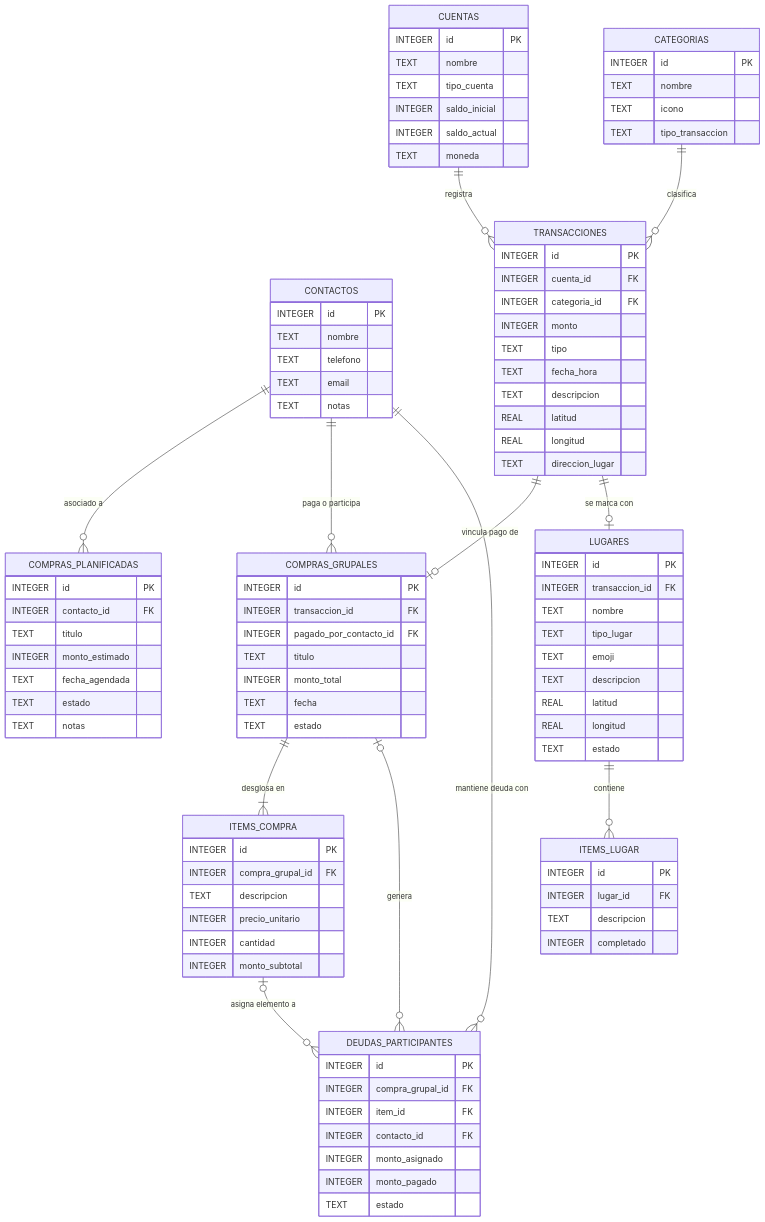
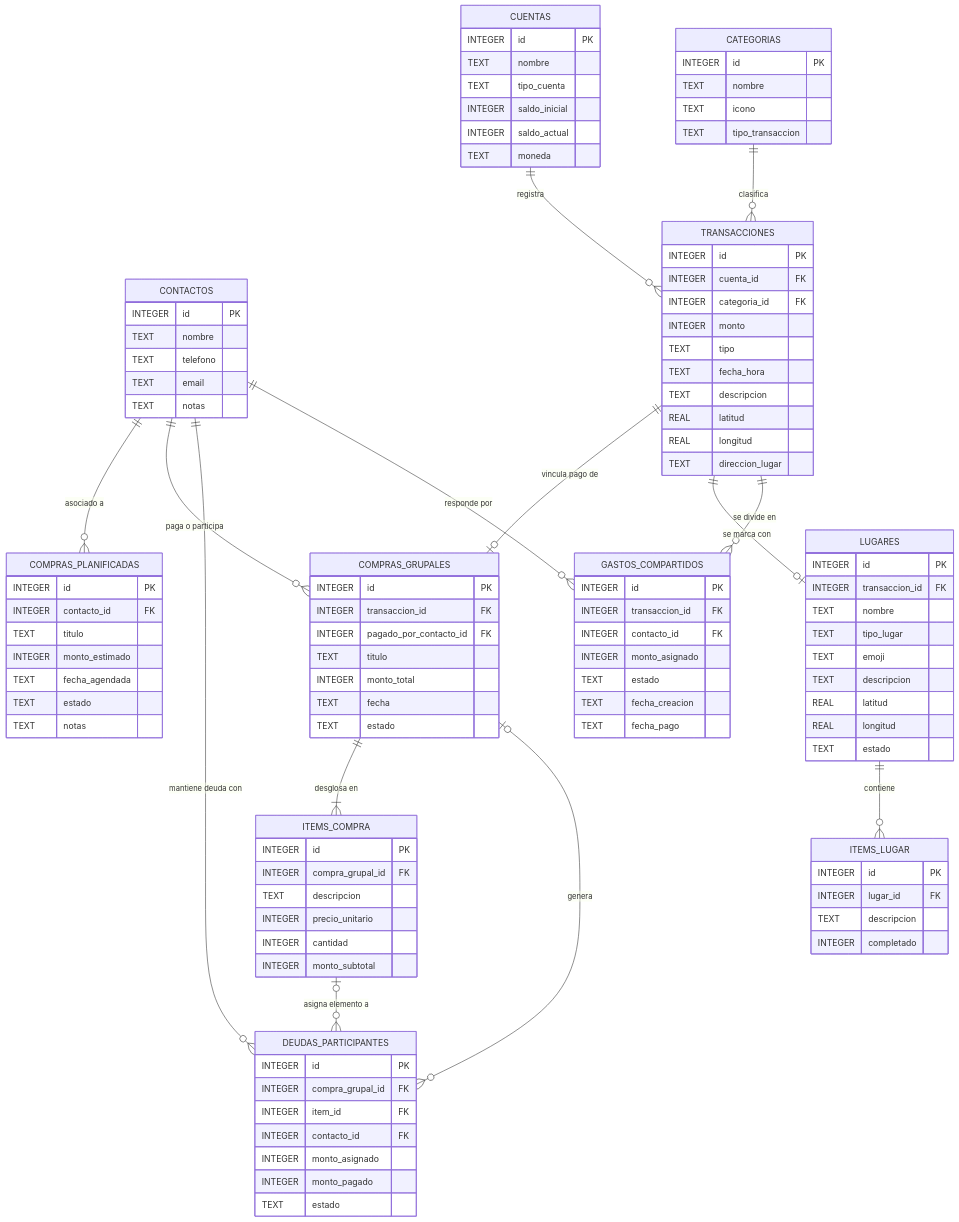
One commit to GGallegosO/LocalCash changed the diagram in README.md. Above: the diagram before and after it, drawn with Mermaid. The commit also changed other lines of this file, not shown here.

Commit message:
docs(readme): alinea el README con el estado real de LocalCash

```diff
--- a/README.md
+++ b/README.md
@@ -62,16 +95,28 @@
     CONTACTOS ||--o{ COMPRAS_PLANIFICADAS : "asociado a"
     CONTACTOS ||--o{ COMPRAS_GRUPALES : "paga o participa"
     CONTACTOS ||--o{ DEUDAS_PARTICIPANTES : "mantiene deuda con"
+    CONTACTOS ||--o{ GASTOS_COMPARTIDOS : "responde por"
 
     CUENTAS ||--o{ TRANSACCIONES : "registra"
     CATEGORIAS ||--o{ TRANSACCIONES : "clasifica"
     TRANSACCIONES ||--o| COMPRAS_GRUPALES : "vincula pago de"
     TRANSACCIONES ||--o| LUGARES : "se marca con"
+    TRANSACCIONES ||--o{ GASTOS_COMPARTIDOS : "se divide en"
 
     LUGARES ||--o{ ITEMS_LUGAR : "contiene"
     COMPRAS_GRUPALES ||--|{ ITEMS_COMPRA : "desglosa en"
     COMPRAS_GRUPALES |o--o{ DEUDAS_PARTICIPANTES : "genera"
     ITEMS_COMPRA |o--o{ DEUDAS_PARTICIPANTES : "asigna elemento a"
+
+    GASTOS_COMPARTIDOS {
+        INTEGER id PK
+        INTEGER transaccion_id FK
+        INTEGER contacto_id FK
+        INTEGER monto_asignado
+        TEXT estado
+        TEXT fecha_creacion
+        TEXT fecha_pago
+    }
 
     CONTACTOS {
         INTEGER id PK
```
